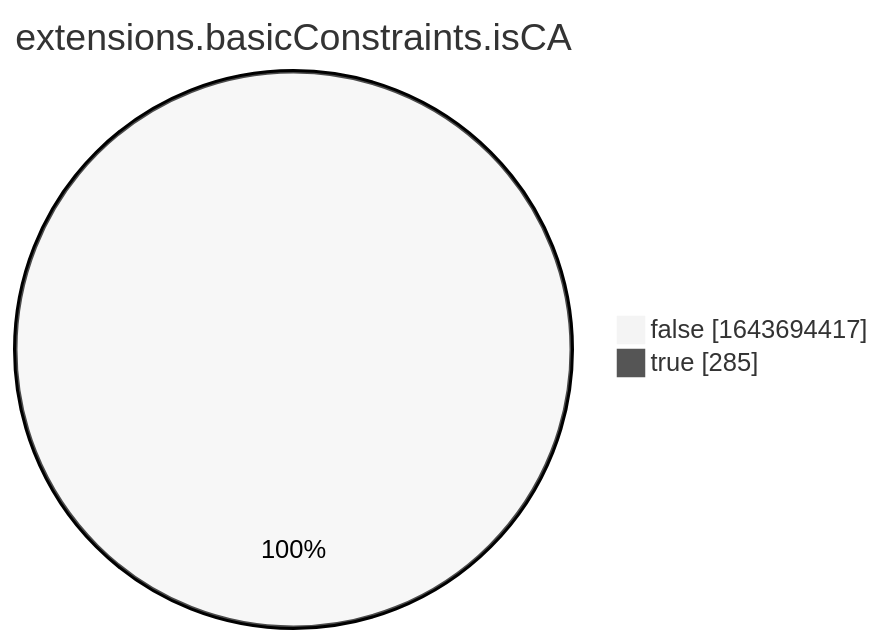
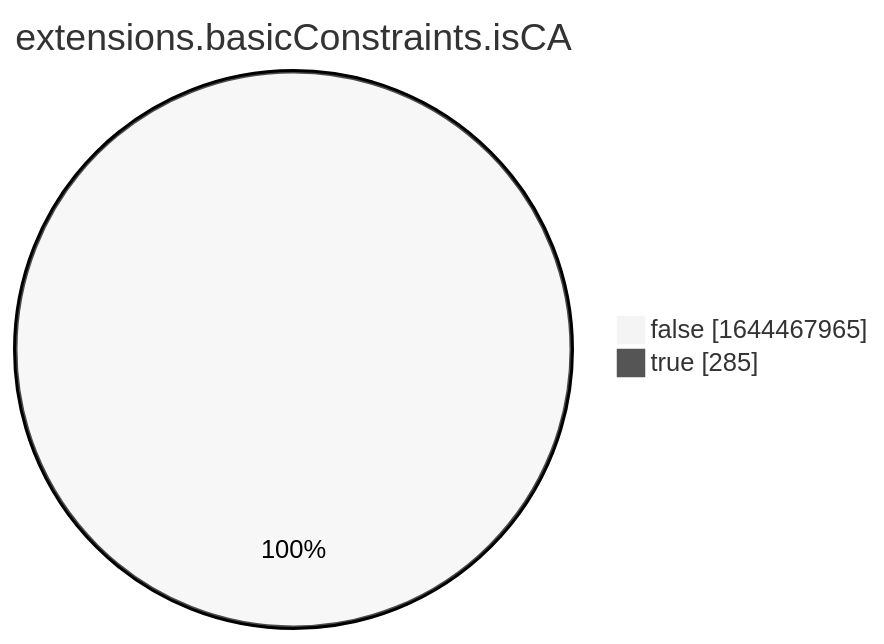
One commit to christiankrug/ctmonitor_visualization changed the eighth of 15 diagrams in xenon2022/README.md. Above: the diagram before and after it, drawn with Mermaid (neutral theme). The commit also changed other lines of this file, not shown here.

````diff
--- a/xenon2022/README.md
+++ b/xenon2022/README.md
@@ -2863,6 +2863,6 @@
 ```mermaid
 pie showData
 title extensions.basicConstraints.isCA
-"false" :1643694417
+"false" :1644467965
 "true" :285
 ```
````
